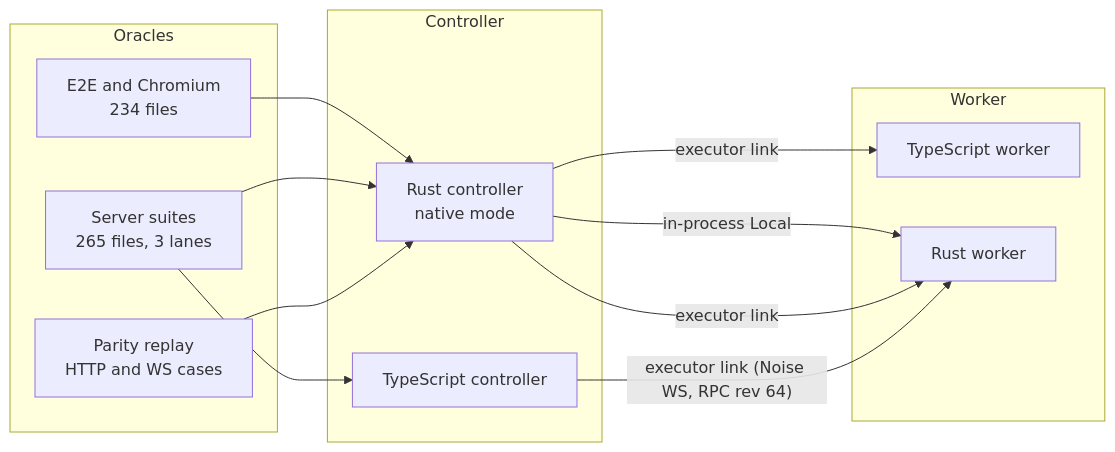
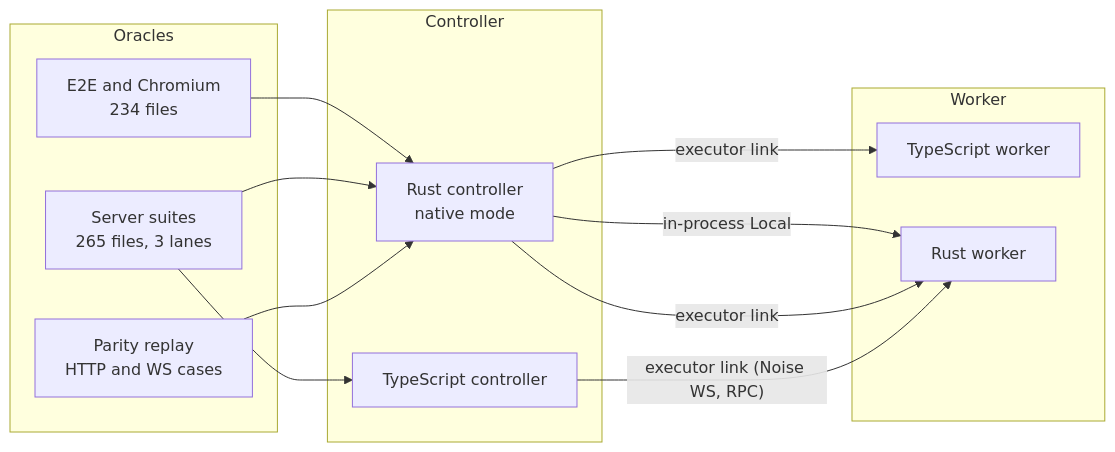
Before and after one commit to cfal/garcon: the diagram in rust/MAP.md, drawn with Mermaid. The commit also changed 1 other file, not shown here.

Commit message:
Add the url crate to the workspace dependencies
The contract crate parses repository URLs as the original does, with the WHATWG parser. The port map no longer names a protocol revision, which main has since raised.

````diff
--- a/rust/MAP.md
+++ b/rust/MAP.md
@@ -46,24 +46,24 @@
 ```mermaid
 flowchart LR
     subgraph Oracles
         P[Parity replay<br/>HTTP and WS cases]
         S[Server suites<br/>265 files, 3 lanes]
         B[E2E and Chromium<br/>234 files]
     end
     subgraph Controller
         TC[TypeScript controller]
         RC[Rust controller<br/>native mode]
     end
     subgraph Worker
         TW[TypeScript worker]
         RW[Rust worker]
     end
-    TC -- "executor link (Noise WS, RPC rev 64)" --> RW
+    TC -- "executor link (Noise WS, RPC)" --> RW
     RC -- "executor link" --> TW
     RC -- "executor link" --> RW
     RC -- "in-process Local" --> RW
     P --> RC
     S --> TC
     S --> RC
     B --> RC
 ```
````
